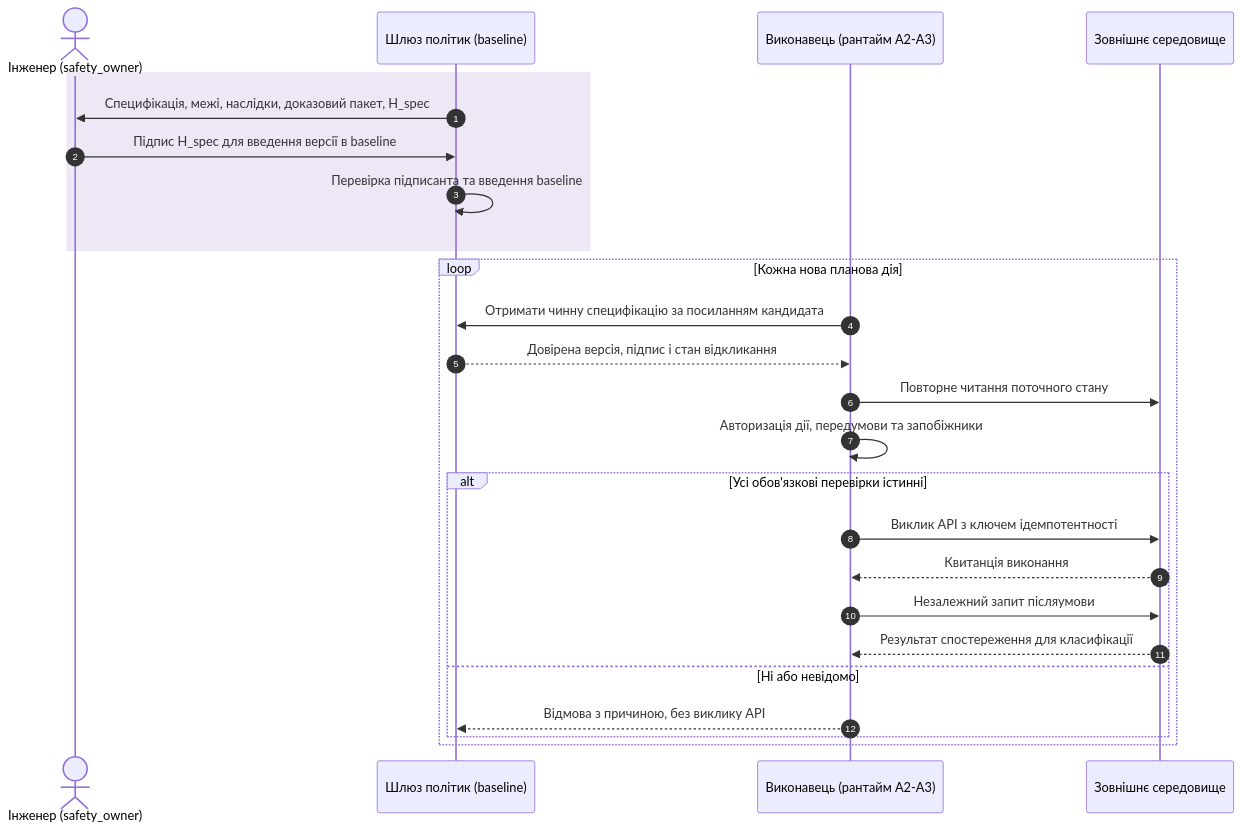
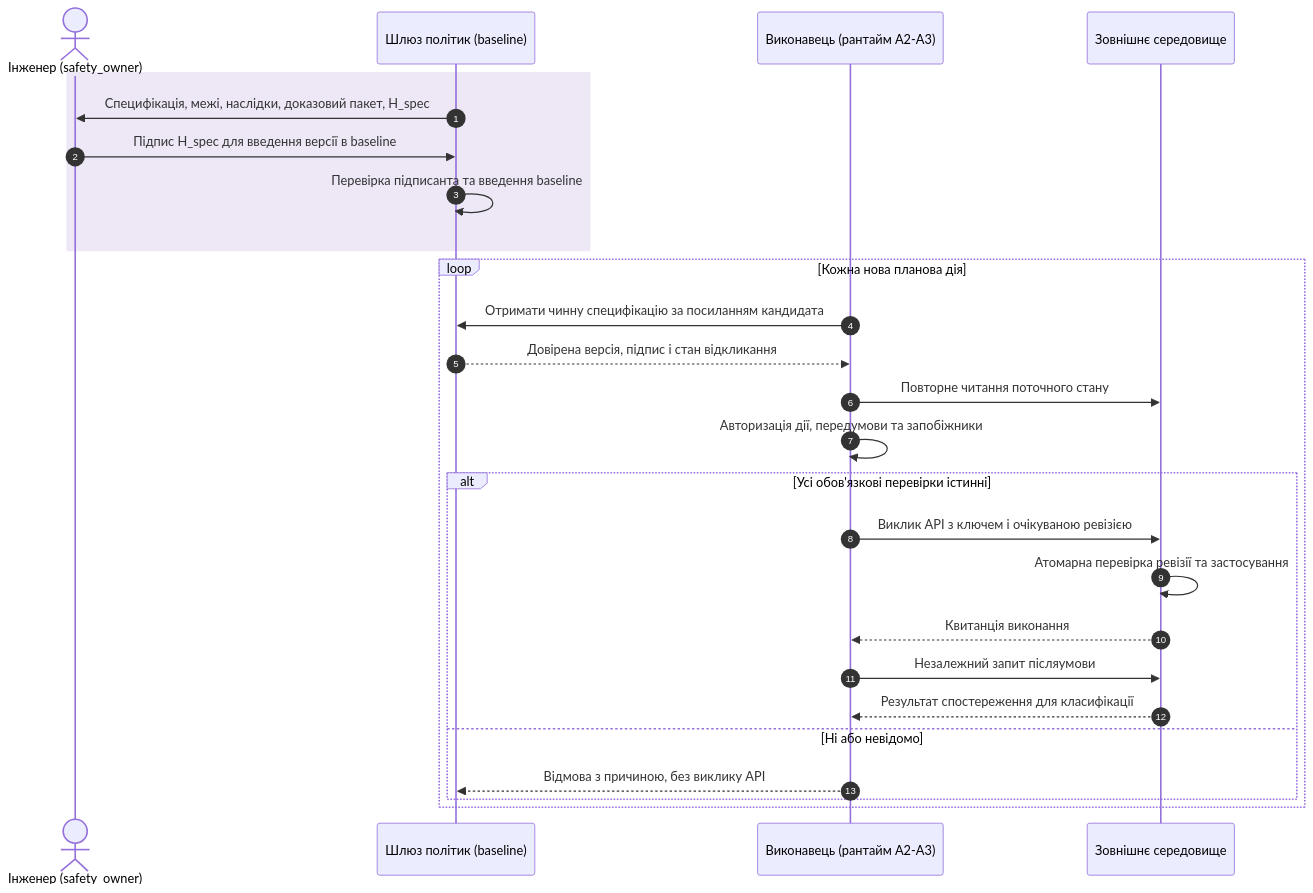
One commit to nick-fedchik/articles changed the fourth of 6 diagrams in ExpertSystem/ch21-from-recommendation-to-action.md. Above: the diagram before and after it, drawn with Mermaid. The commit also changed other lines of this file and 8 other files, not shown here.

````diff
--- a/ExpertSystem/ch21-from-recommendation-to-action.md
+++ b/ExpertSystem/ch21-from-recommendation-to-action.md
@@ -353,31 +448,32 @@
 ```mermaid
 sequenceDiagram
     accTitle: Протокол затвердження специфікації людиною та виконання дії
     accDescr: Людина підписує специфікацію лише під час введення baseline. Для кожної наступної планової дії виконавець окремо перевіряє чинність цього baseline, межі й поточний стан; новий підпис на дію не запитується, а невідповідність блокує виклик.
 
     autonumber
     actor H as Інженер (safety_owner)
     participant Gate as Шлюз політик (baseline)
     participant Exec as Виконавець (рантайм A2-A3)
     participant Env as Зовнішнє середовище
 
     rect rgb(237, 231, 246)
         Gate->>H: Специфікація, межі, наслідки, доказовий пакет, H_spec
         H->>Gate: Підпис H_spec для введення версії в baseline
         Gate->>Gate: Перевірка підписанта та введення baseline
     end
     loop Кожна нова планова дія
         Exec->>Gate: Отримати чинну специфікацію за посиланням кандидата
         Gate-->>Exec: Довірена версія, підпис і стан відкликання
         Exec->>Env: Повторне читання поточного стану
         Exec->>Exec: Авторизація дії, передумови та запобіжники
         alt Усі обов'язкові перевірки істинні
-            Exec->>Env: Виклик API з ключем ідемпотентності
+            Exec->>Env: Виклик API з ключем і очікуваною ревізією
+            Env->>Env: Атомарна перевірка ревізії та застосування
             Env-->>Exec: Квитанція виконання
             Exec->>Env: Незалежний запит післяумови
             Env-->>Exec: Результат спостереження для класифікації
         else Ні або невідомо
             Exec-->>Gate: Відмова з причиною, без виклику API
         end
     end
 ```
````
